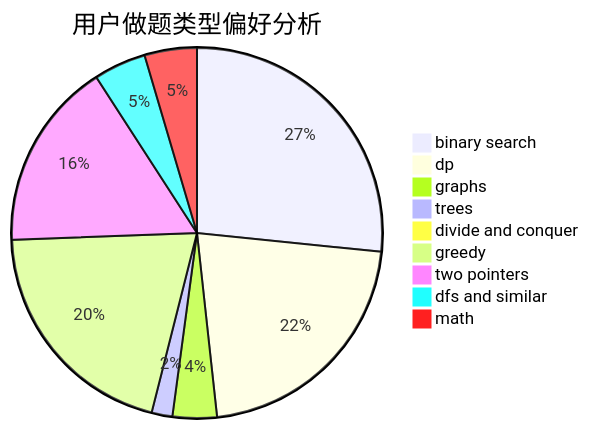
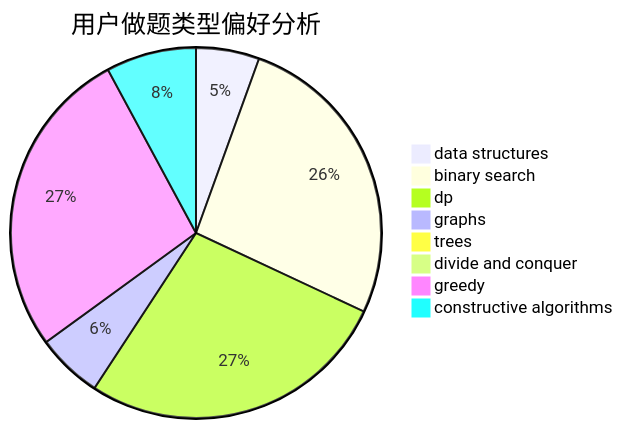
One commit to sherpahu/cfrs.github.io changed the second of 3 diagrams in docs/user/u1135.md. Above: the diagram before and after it, drawn with Mermaid. The commit also changed other lines of this file and 2775 other files, not shown here.

````diff
--- a/docs/user/u1135.md
+++ b/docs/user/u1135.md
@@ -23,12 +23,11 @@
 ```mermaid
 pie title 用户做题类型偏好分析
-    "binary search" :  338
-    "dp" :  275
+    "data structures" :  47
+    "binary search" :  225
+    "dp" :  232
     "graphs" :  49
-    "trees" :  23
+    "trees" :  4
     "divide and conquer" :  0
-    "greedy" :  260
-    "two pointers" :  209
-    "dfs and similar" :  58
-    "math" :  58
+    "greedy" :  231
+    "constructive algorithms" :  67
 ```
````
